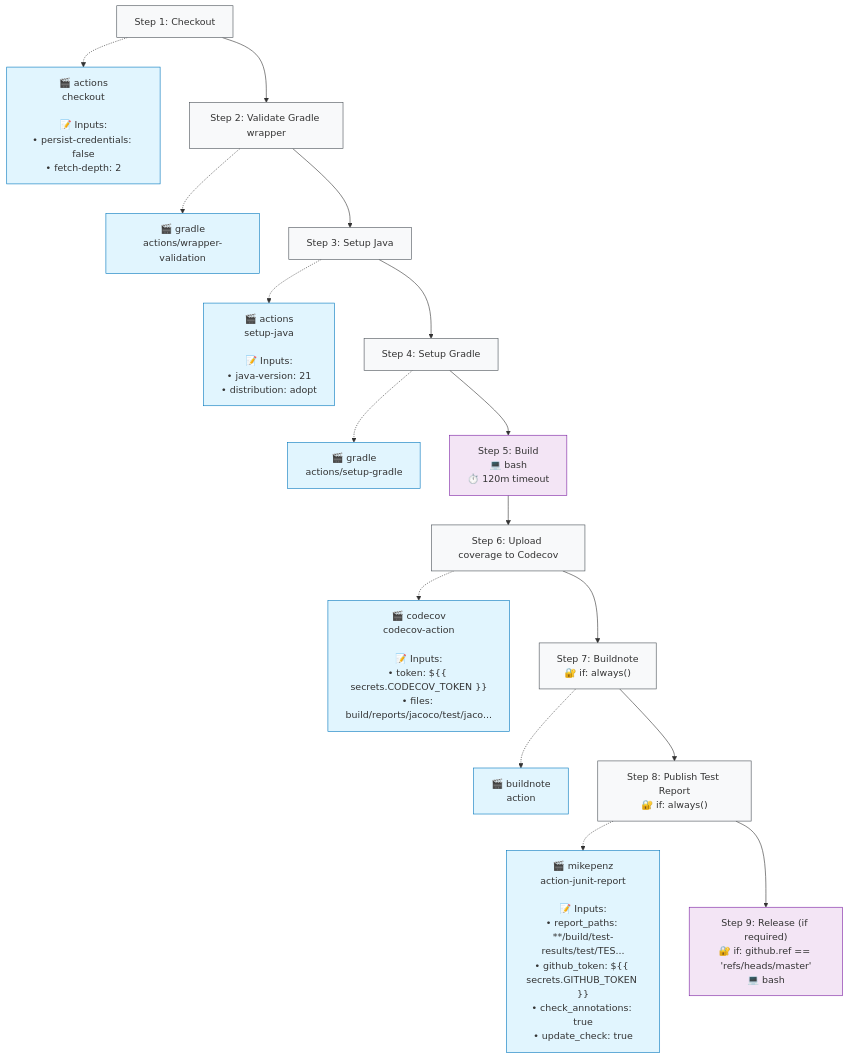
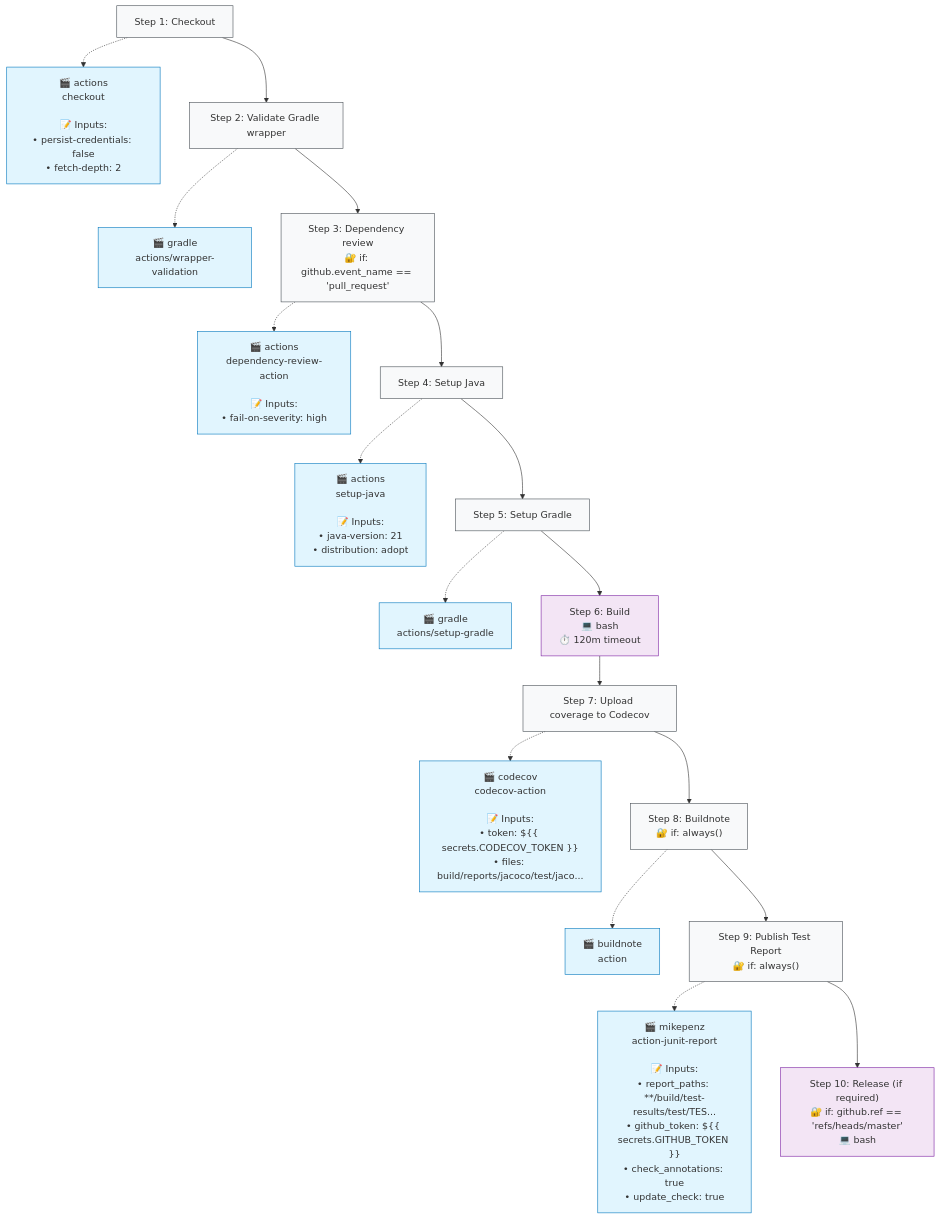
One commit to http4k/http4k changed the second of 2 diagrams in .github/typeflows/build-http4k/README.md. Above: the diagram before and after it, drawn with Mermaid. The commit also changed 8 other files, not shown here.

Commit message:
adding security docs and Dependency review to PRs

````diff
--- a/.github/typeflows/build-http4k/README.md
+++ b/.github/typeflows/build-http4k/README.md
@@ -24,51 +24,57 @@
 ```mermaid
 %%{init: {"flowchart": {"curve": "basis"}}}%%
 flowchart TD
     step1["Step 1: Checkout"]
     style step1 fill:#f8f9fa,stroke:#495057
     action1["🎬 actions<br/>checkout<br/><br/>📝 Inputs:<br/>• persist-credentials: false<br/>• fetch-depth: 2"]
     style action1 fill:#e1f5fe,stroke:#0277bd
     step1 -.-> action1
     step2["Step 2: Validate Gradle wrapper"]
     style step2 fill:#f8f9fa,stroke:#495057
     action2["🎬 gradle<br/>actions/wrapper-validation"]
     style action2 fill:#e1f5fe,stroke:#0277bd
     step2 -.-> action2
     step1 --> step2
-    step3["Step 3: Setup Java"]
+    step3["Step 3: Dependency review<br/>🔐 if: github.event_name == 'pull_request'"]
     style step3 fill:#f8f9fa,stroke:#495057
-    action3["🎬 actions<br/>setup-java<br/><br/>📝 Inputs:<br/>• java-version: 21<br/>• distribution: adopt"]
+    action3["🎬 actions<br/>dependency-review-action<br/><br/>📝 Inputs:<br/>• fail-on-severity: high"]
     style action3 fill:#e1f5fe,stroke:#0277bd
     step3 -.-> action3
     step2 --> step3
-    step4["Step 4: Setup Gradle"]
+    step4["Step 4: Setup Java"]
     style step4 fill:#f8f9fa,stroke:#495057
-    action4["🎬 gradle<br/>actions/setup-gradle"]
+    action4["🎬 actions<br/>setup-java<br/><br/>📝 Inputs:<br/>• java-version: 21<br/>• distribution: adopt"]
     style action4 fill:#e1f5fe,stroke:#0277bd
     step4 -.-> action4
     step3 --> step4
-    step5["Step 5: Build<br/>💻 bash<br/>⏱️ 120m timeout"]
-    style step5 fill:#f3e5f5,stroke:#7b1fa2
+    step5["Step 5: Setup Gradle"]
+    style step5 fill:#f8f9fa,stroke:#495057
+    action5["🎬 gradle<br/>actions/setup-gradle"]
+    style action5 fill:#e1f5fe,stroke:#0277bd
+    step5 -.-> action5
     step4 --> step5
-    step6["Step 6: Upload coverage to Codecov"]
-    style step6 fill:#f8f9fa,stroke:#495057
-    action6["🎬 codecov<br/>codecov-action<br/><br/>📝 Inputs:<br/>• token: ${{ secrets.CODECOV_TOKEN }}<br/>• files: build/reports/jacoco/test/jaco..."]
-    style action6 fill:#e1f5fe,stroke:#0277bd
-    step6 -.-> action6
+    step6["Step 6: Build<br/>💻 bash<br/>⏱️ 120m timeout"]
+    style step6 fill:#f3e5f5,stroke:#7b1fa2
     step5 --> step6
-    step7["Step 7: Buildnote<br/>🔐 if: always()"]
+    step7["Step 7: Upload coverage to Codecov"]
     style step7 fill:#f8f9fa,stroke:#495057
-    action7["🎬 buildnote<br/>action"]
+    action7["🎬 codecov<br/>codecov-action<br/><br/>📝 Inputs:<br/>• token: ${{ secrets.CODECOV_TOKEN }}<br/>• files: build/reports/jacoco/test/jaco..."]
     style action7 fill:#e1f5fe,stroke:#0277bd
     step7 -.-> action7
     step6 --> step7
-    step8["Step 8: Publish Test Report<br/>🔐 if: always()"]
+    step8["Step 8: Buildnote<br/>🔐 if: always()"]
     style step8 fill:#f8f9fa,stroke:#495057
-    action8["🎬 mikepenz<br/>action-junit-report<br/><br/>📝 Inputs:<br/>• report_paths: **/build/test-results/test/TES...<br/>• github_token: ${{ secrets.GITHUB_TOKEN }}<br/>• check_annotations: true<br/>• update_check: true"]
+    action8["🎬 buildnote<br/>action"]
     style action8 fill:#e1f5fe,stroke:#0277bd
     step8 -.-> action8
     step7 --> step8
-    step9["Step 9: Release (if required)<br/>🔐 if: github.ref == 'refs/heads/master'<br/>💻 bash"]
-    style step9 fill:#f3e5f5,stroke:#7b1fa2
+    step9["Step 9: Publish Test Report<br/>🔐 if: always()"]
+    style step9 fill:#f8f9fa,stroke:#495057
+    action9["🎬 mikepenz<br/>action-junit-report<br/><br/>📝 Inputs:<br/>• report_paths: **/build/test-results/test/TES...<br/>• github_token: ${{ secrets.GITHUB_TOKEN }}<br/>• check_annotations: true<br/>• update_check: true"]
+    style action9 fill:#e1f5fe,stroke:#0277bd
+    step9 -.-> action9
     step8 --> step9
+    step10["Step 10: Release (if required)<br/>🔐 if: github.ref == 'refs/heads/master'<br/>💻 bash"]
+    style step10 fill:#f3e5f5,stroke:#7b1fa2
+    step9 --> step10
 ```
````
